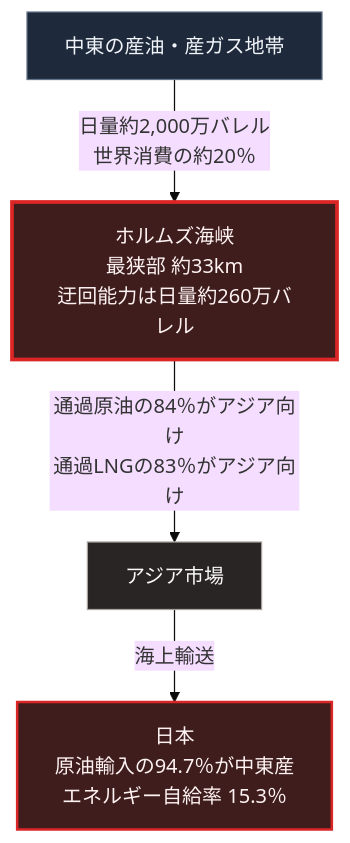
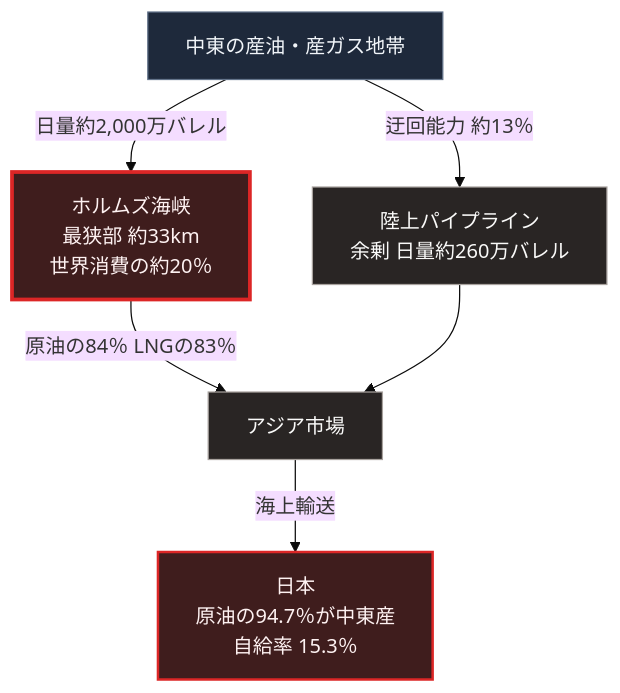
The diagram in books/sovereign-resilience-blueprint/report-iran-israel-conflict.md (Takenori-Kusaka/zenn-content), drawn with Mermaid (base theme) before and after one commit. The commit also changed other lines of this file and 114 other files, not shown here.

````diff
--- a/books/sovereign-resilience-blueprint/report-iran-israel-conflict.md
+++ b/books/sovereign-resilience-blueprint/report-iran-israel-conflict.md
@@ -61,12 +61,15 @@
 ```mermaid
 flowchart TD
     S[中東の産油・産ガス地帯]
-    S -->|日量約2,000万バレル<br>世界消費の約20％| H[ホルムズ海峡<br>最狭部 約33km<br>迂回能力は日量約260万バレル]
-    H -->|通過原油の84％がアジア向け<br>通過LNGの83％がアジア向け| A[アジア市場]
-    A -->|海上輸送| J[日本<br>原油輸入の94.7％が中東産<br>エネルギー自給率 15.3％]
+    S -->|日量約2,000万バレル| H[ホルムズ海峡<br>最狭部 約33km<br>世界消費の約20％]
+    S -->|迂回能力 約13％| P[陸上パイプライン<br>余剰 日量約260万バレル]
+    H -->|原油の84％ LNGの83％| A[アジア市場]
+    P --> A
+    A -->|海上輸送| J[日本<br>原油の94.7％が中東産<br>自給率 15.3％]
 
     style S fill:#1e293b,stroke:#64748b,color:#f1f5f9
     style H fill:#3f1d1d,stroke:#dc2626,stroke-width:3px,color:#fef2f2
+    style P fill:#292524,stroke:#a8a29e,color:#fafaf9
     style A fill:#292524,stroke:#a8a29e,color:#fafaf9
     style J fill:#3f1d1d,stroke:#dc2626,stroke-width:2px,color:#fef2f2
 ```
````
